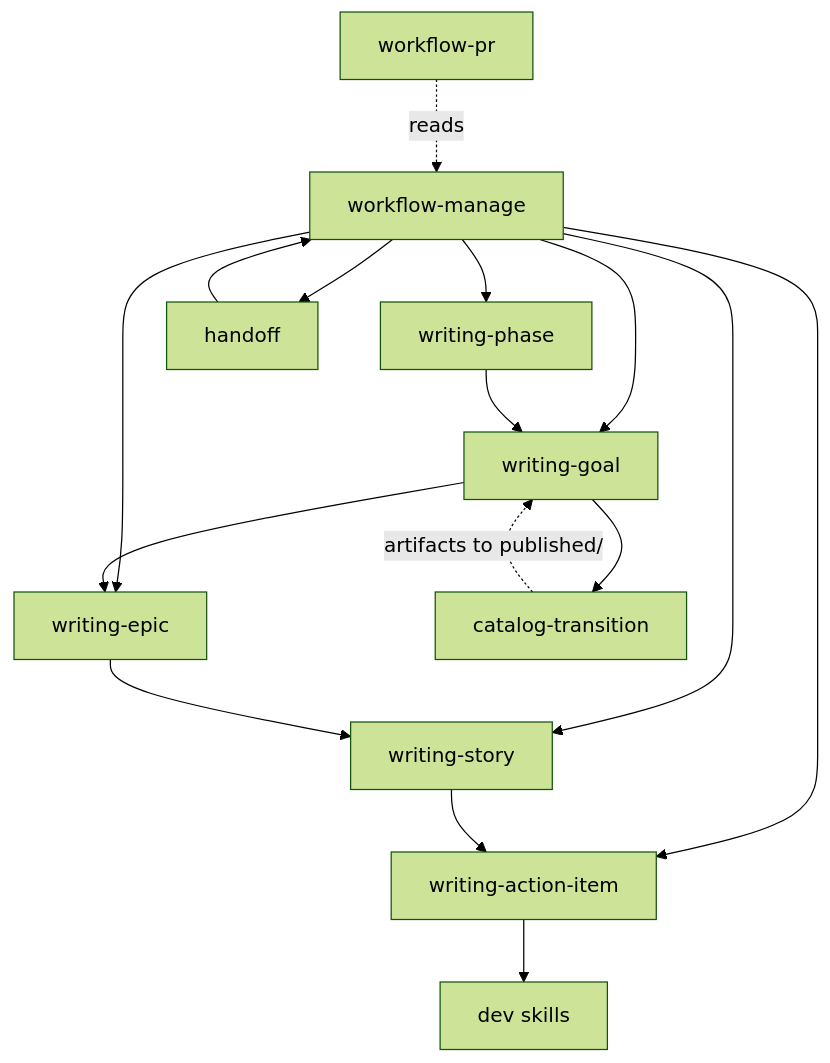
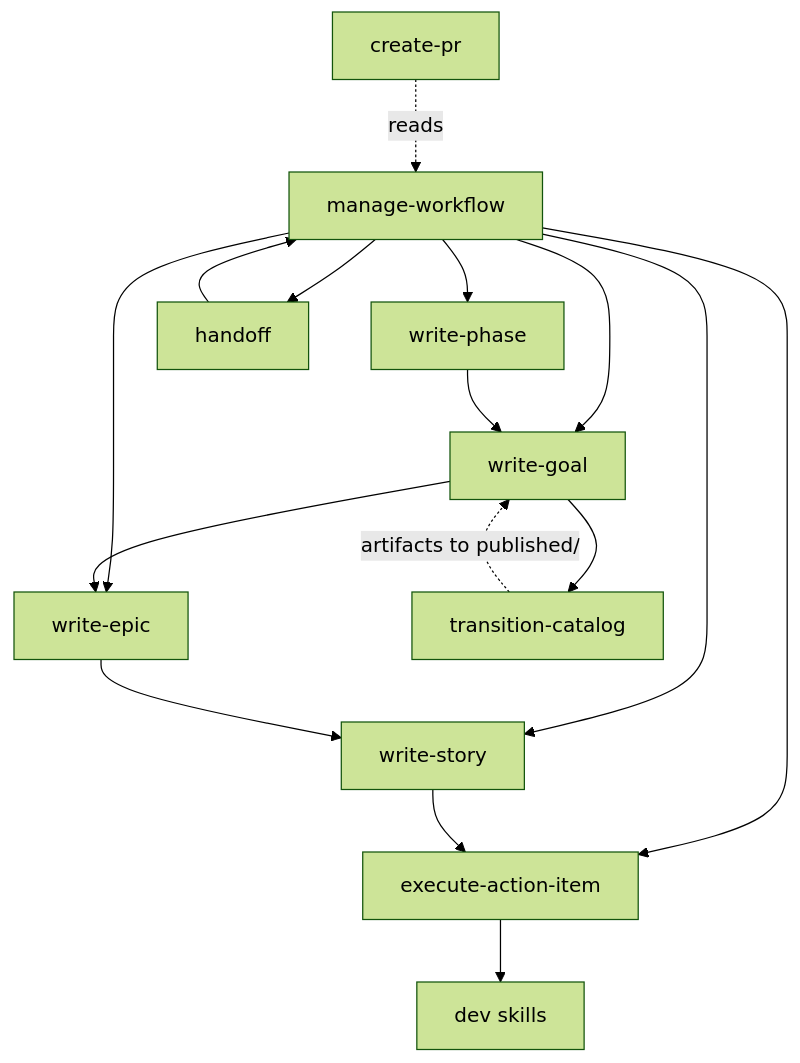
The first of 2 diagrams in solera/docs/architecture.md (noory-code/noory-ai), drawn with Mermaid (forest theme) before and after one commit. The commit also changed other lines of this file and 34 other files, not shown here.

````diff
--- a/solera/docs/architecture.md
+++ b/solera/docs/architecture.md
@@ -11,32 +11,32 @@
 ```mermaid
 flowchart TD
-    WM[workflow-manage]
-    WPH[writing-phase]
-    WG[writing-goal]
-    WE[writing-epic]
-    WS[writing-story]
-    WAI[writing-action-item]
-    WPR[workflow-pr]
-    CT[catalog-transition]
+    WM[manage-workflow]
+    WPH[write-phase]
+    WG[write-goal]
+    WE[write-epic]
+    WS[write-story]
+    WAI[execute-action-item]
+    WPR[create-pr]
+    CT[transition-catalog]
     HO[handoff]
     DEV[dev skills]
 
     WM --> WPH
     WM --> WG
     WM --> WE
     WM --> WS
     WM --> WAI
 
     WPH --> WG
     WG --> WE
     WG --> CT
     WE --> WS
     WS --> WAI
     WAI --> DEV
 
     WM --> HO
     HO --> WM
 
     WPR -.->|reads| WM
     CT -.->|artifacts to published/| WG
 ```
````
